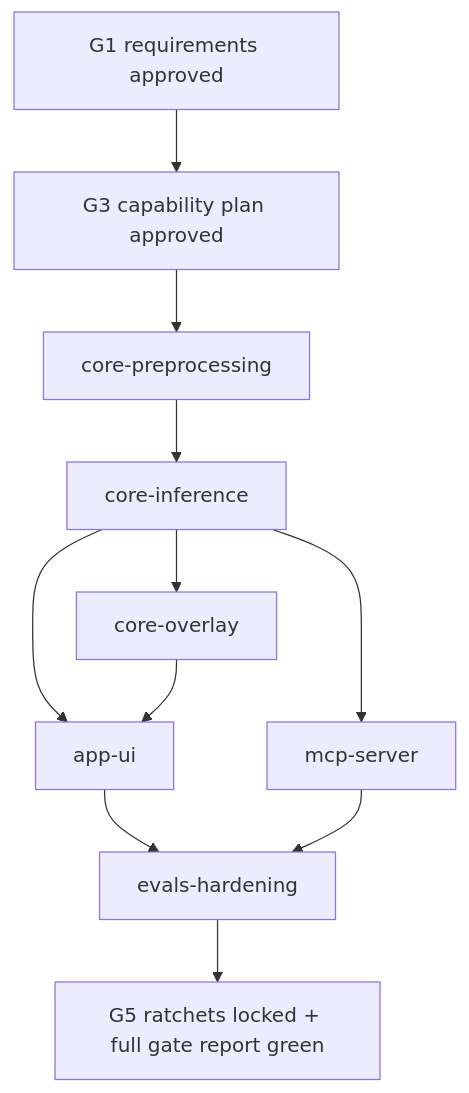
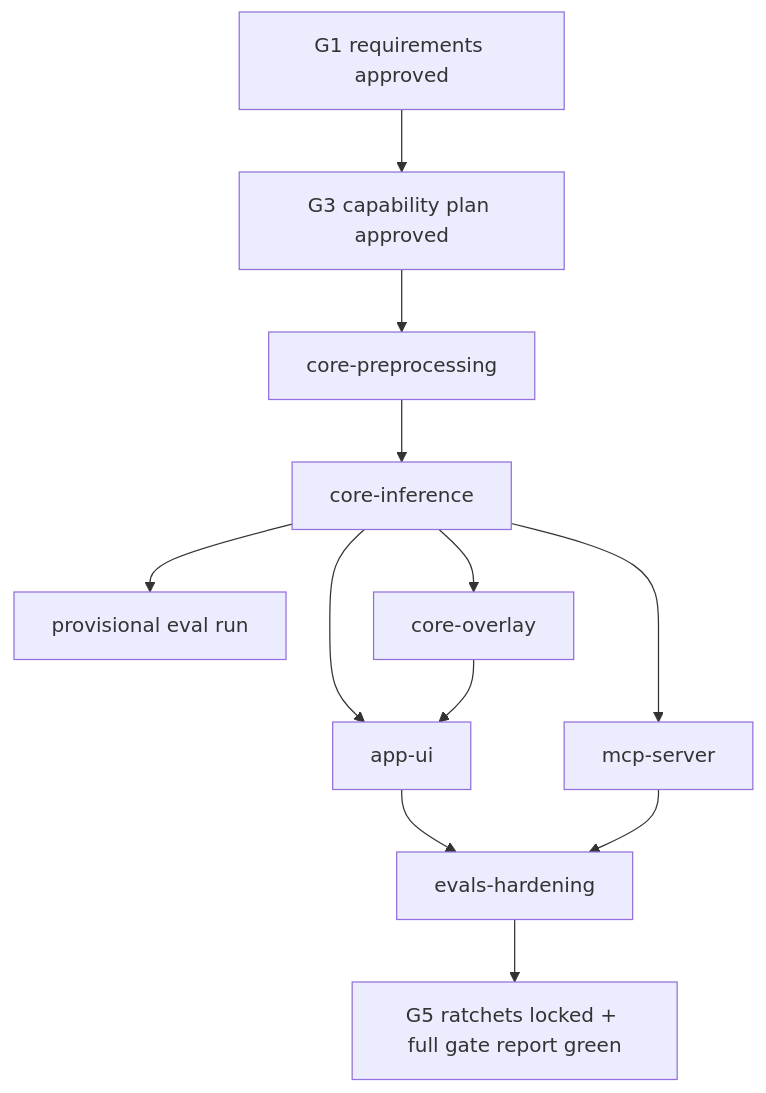
One commit to koldovsky/2026-fwdays-agentic-greenfield-task changed the diagram in docs/mvp-capability-plan.md. Above: the diagram before and after it, drawn with Mermaid. The commit also changed other lines of this file and 16 other files, not shown here.

````diff
--- a/docs/mvp-capability-plan.md
+++ b/docs/mvp-capability-plan.md
@@ -20,13 +41,14 @@
 ```mermaid
 flowchart TD
     G1[G1 requirements approved] --> G3[G3 capability plan approved]
     G3 --> A[core-preprocessing]
     A --> B[core-inference]
+    B --> Beval[provisional eval run]
     B --> C[core-overlay]
     B --> D[app-ui]
     C --> D
     B --> E[mcp-server]
     D --> F[evals-hardening]
     E --> F
     F --> G5[G5 ratchets locked + full gate report green]
 ```
````
